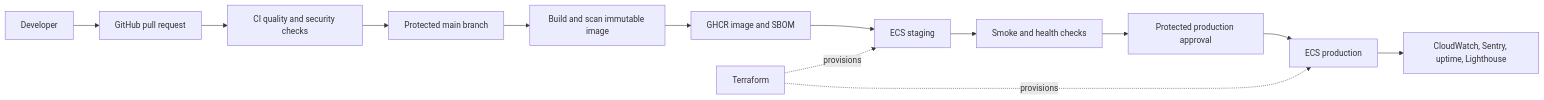
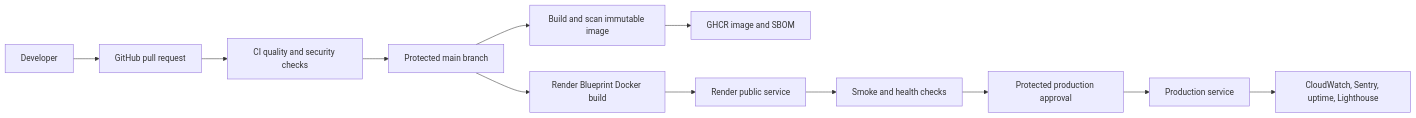
One commit to DAKUsir/My_portfolio changed the second of 2 diagrams in docs/ARCHITECTURE.md. Above: the diagram before and after it, drawn with Mermaid. The commit also changed other lines of this file and 4 other files, not shown here.

Commit message:
feat: add Render deployment blueprint

````diff
--- a/docs/ARCHITECTURE.md
+++ b/docs/ARCHITECTURE.md
@@ -20,15 +20,14 @@
 ```mermaid
 flowchart LR
   Dev[Developer] --> PR[GitHub pull request]
   PR --> CI[CI quality and security checks]
   CI --> Main[Protected main branch]
   Main --> Image[Build and scan immutable image]
   Image --> Registry[GHCR image and SBOM]
-  Registry --> Stage[ECS staging]
+  Main --> Render[Render Blueprint Docker build]
+  Render --> Stage[Render public service]
   Stage --> Smoke[Smoke and health checks]
   Smoke --> Approval[Protected production approval]
-  Approval --> Prod[ECS production]
+  Approval --> Prod[Production service]
   Prod --> Observe[CloudWatch, Sentry, uptime, Lighthouse]
-  Terraform -. provisions .-> Stage
-  Terraform -. provisions .-> Prod
 ```
````
